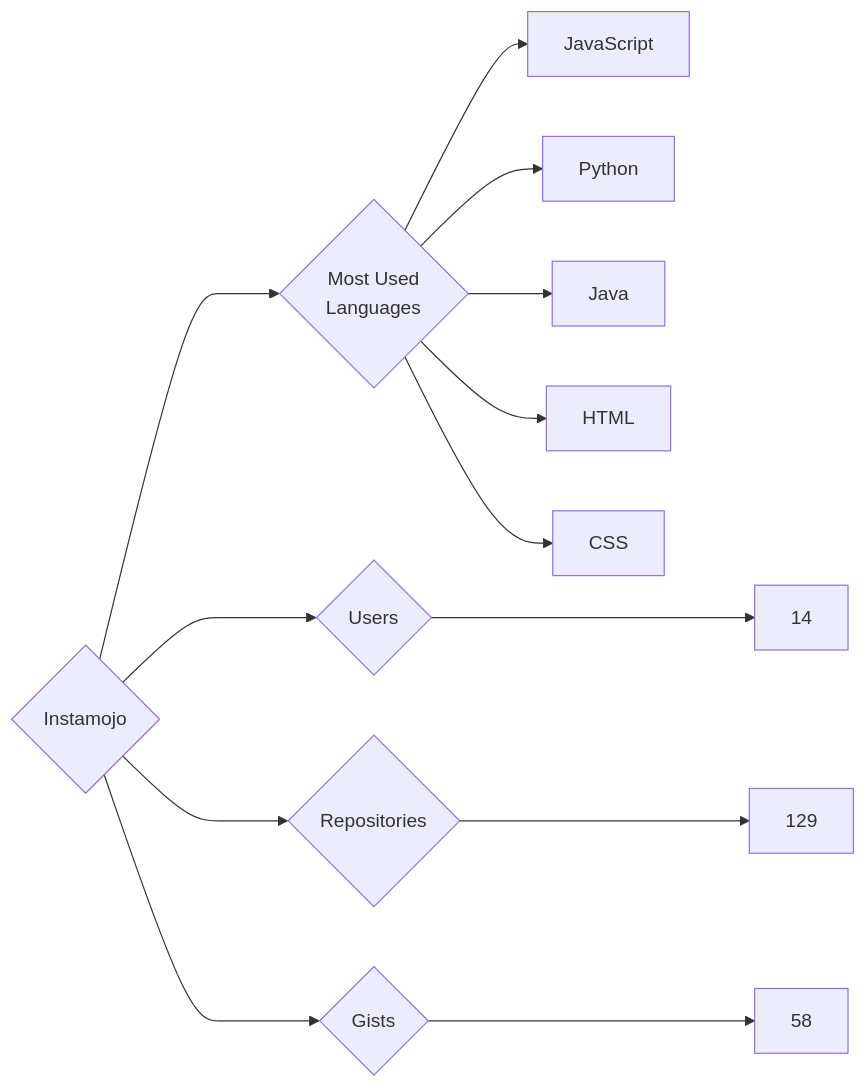
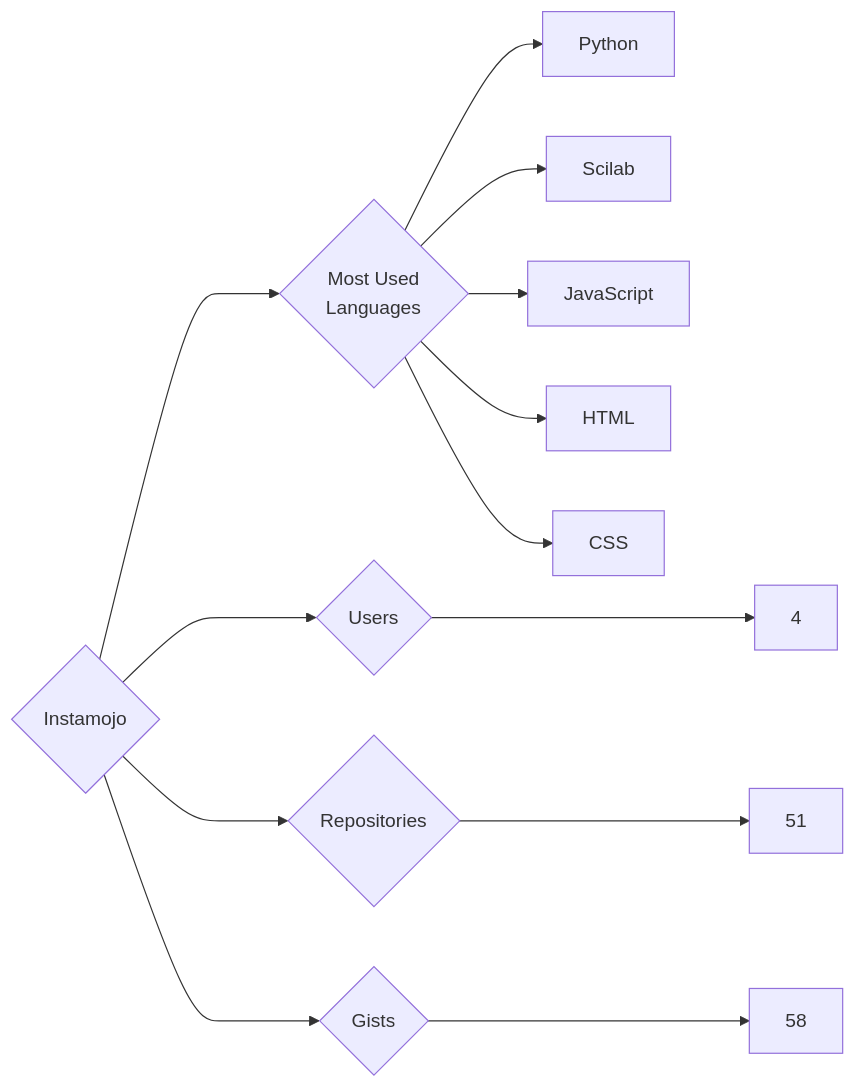
The diagram in targets/Instamojo/README.md (trickest/insiders), drawn with Mermaid before and after one commit. The commit also changed 644 other files, not shown here.

````diff
--- a/targets/Instamojo/README.md
+++ b/targets/Instamojo/README.md
@@ -3,13 +3,13 @@
 ```mermaid
 graph LR
 COMPANY_NAME{Instamojo}
-COMPANY_NAME ---> U{Users} ---> UN[14]
-COMPANY_NAME ---> R{Repositories} ---> RN[129]
+COMPANY_NAME ---> U{Users} ---> UN[4]
+COMPANY_NAME ---> R{Repositories} ---> RN[51]
 COMPANY_NAME ---> G{Gists} ---> GN[58]
 COMPANY_NAME ---> ML{Most Used<br>Languages}
+ML --> Python[Python]
+ML --> Scilab[Scilab]
 ML --> JavaScript[JavaScript]
-ML --> Python[Python]
-ML --> Java[Java]
 ML --> HTML[HTML]
 ML --> CSS[CSS]
 ```
````
